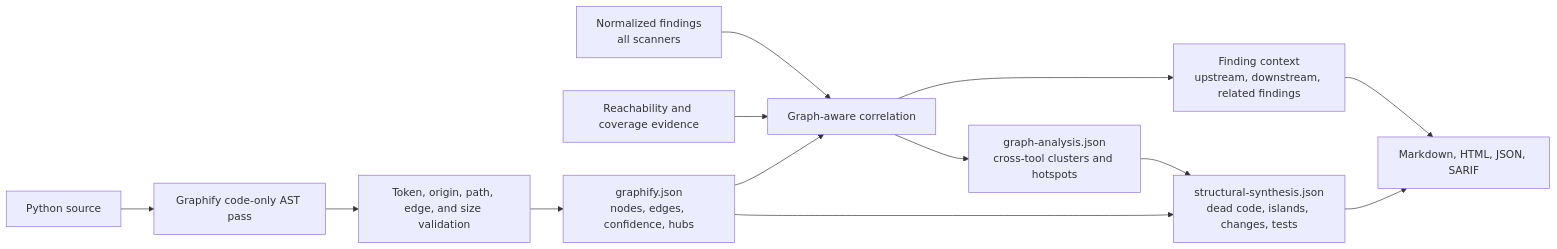
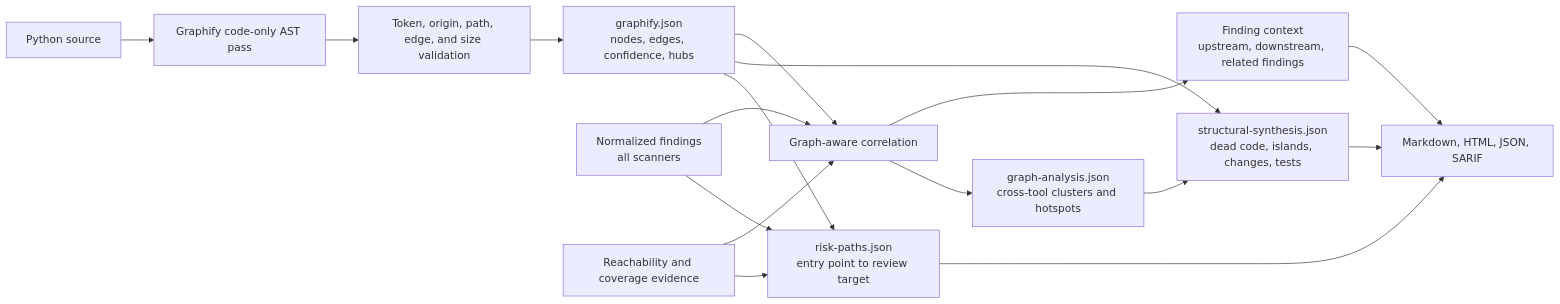
Before and after one commit to willtran87/project-py-security-suite: the diagram in docs/graphify.md, drawn with Mermaid. The commit also changed other lines of this file and 14 other files, not shown here.

Commit message:
Correlate risk paths across analysis evidence

````diff
--- a/docs/graphify.md
+++ b/docs/graphify.md
@@ -28,15 +28,19 @@
 ```mermaid
 flowchart LR
     Python["Python source"] --> Graphify["Graphify code-only AST pass"]
     Graphify --> Guard["Token, origin, path, edge, and size validation"]
     Guard --> Graph["graphify.json<br/>nodes, edges, confidence, hubs"]
     Findings["Normalized findings<br/>all scanners"] --> Join["Graph-aware correlation"]
     Reach["Reachability and coverage evidence"] --> Join
     Graph --> Join
     Join --> Context["Finding context<br/>upstream, downstream, related findings"]
     Join --> Hotspots["graph-analysis.json<br/>cross-tool clusters and hotspots"]
     Hotspots --> Synthesis["structural-synthesis.json<br/>dead code, islands, changes, tests"]
     Graph --> Synthesis
+    Graph --> Routes["risk-paths.json<br/>entry point to review target"]
+    Reach --> Routes
+    Findings --> Routes
     Context --> Reports["Markdown, HTML, JSON, SARIF"]
     Synthesis --> Reports
+    Routes --> Reports
 ```
````
